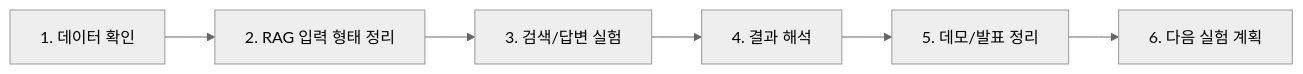
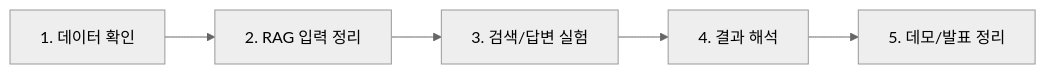
One commit to Codeit-Part3-6Team/Codeit-Part3-6Team-Project changed the diagram in docs/md/workflow/ROLE_FOCUS_GUIDE.md. Above: the diagram before and after it, drawn with Mermaid (neutral theme). The commit also changed other lines of this file and 5 other files, not shown here.

````diff
--- a/docs/md/workflow/ROLE_FOCUS_GUIDE.md
+++ b/docs/md/workflow/ROLE_FOCUS_GUIDE.md
@@ -9,8 +9,7 @@
 ```mermaid
 flowchart LR
-  A["1. 데이터 확인"] --> B["2. RAG 입력 형태 정리"]
+  A["1. 데이터 확인"] --> B["2. RAG 입력 정리"]
   B --> C["3. 검색/답변 실험"]
   C --> D["4. 결과 해석"]
   D --> E["5. 데모/발표 정리"]
-  E --> F["6. 다음 실험 계획"]
 ```
````
